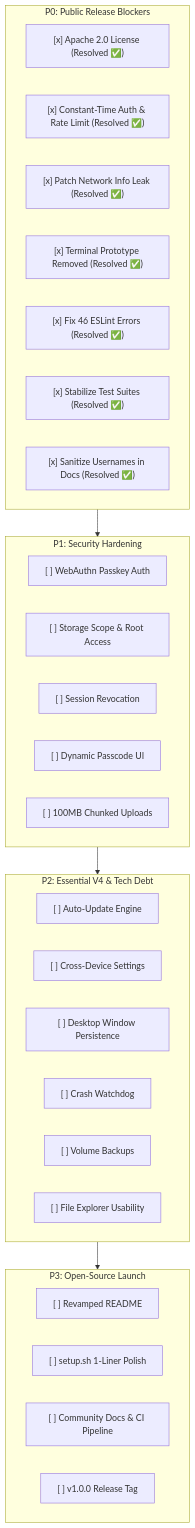
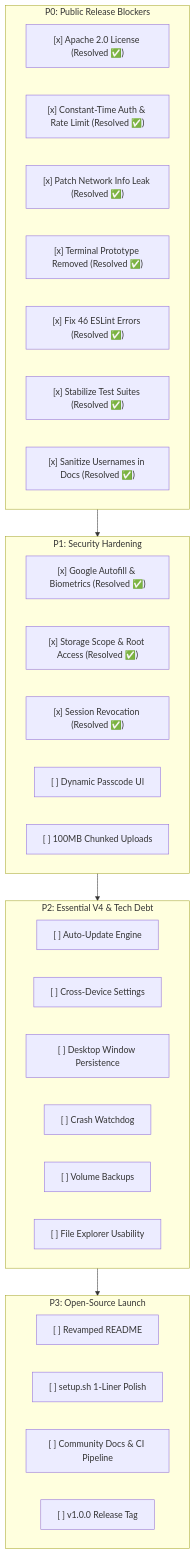
Before and after one commit to Cypher0071/Home_Cloud: the diagram in docs/launch_changes.md, drawn with Mermaid. The commit also changed other lines of this file and 11 other files, not shown here.

First line of the commit message:
feat: Implement server-side session revocation and token epoch management

````diff
--- a/docs/launch_changes.md
+++ b/docs/launch_changes.md
@@ -353,40 +387,40 @@
 ```mermaid
 flowchart TD
     subgraph P0["P0: Public Release Blockers"]
         L["[x] Apache 2.0 License (Resolved ✅)"]
         A["[x] Constant-Time Auth & Rate Limit (Resolved ✅)"]
         N["[x] Patch Network Info Leak (Resolved ✅)"]
         T["[x] Terminal Prototype Removed (Resolved ✅)"]
         E["[x] Fix 46 ESLint Errors (Resolved ✅)"]
         TS["[x] Stabilize Test Suites (Resolved ✅)"]
         S["[x] Sanitize Usernames in Docs (Resolved ✅)"]
     end
 
     subgraph P1["P1: Security Hardening"]
-        W["[ ] WebAuthn Passkey Auth"]
-        J["[ ] Storage Scope & Root Access"]
-        R["[ ] Session Revocation"]
+        W["[x] Google Autofill & Biometrics (Resolved ✅)"]
+        J["[x] Storage Scope & Root Access (Resolved ✅)"]
+        R["[x] Session Revocation (Resolved ✅)"]
         P["[ ] Dynamic Passcode UI"]
         U["[ ] 100MB Chunked Uploads"]
     end
 
     subgraph P2["P2: Essential V4 & Tech Debt"]
         AU["[ ] Auto-Update Engine"]
         SP["[ ] Cross-Device Settings"]
         WP["[ ] Desktop Window Persistence"]
         CW["[ ] Crash Watchdog"]
         BK["[ ] Volume Backups"]
         FE["[ ] File Explorer Usability"]
     end
 
     subgraph P3["P3: Open-Source Launch"]
         RM["[ ] Revamped README"]
         ST["[ ] setup.sh 1-Liner Polish"]
         GH["[ ] Community Docs & CI Pipeline"]
         REL["[ ] v1.0.0 Release Tag"]
     end
 
     P0 --> P1
     P1 --> P2
     P2 --> P3
 ```
````
